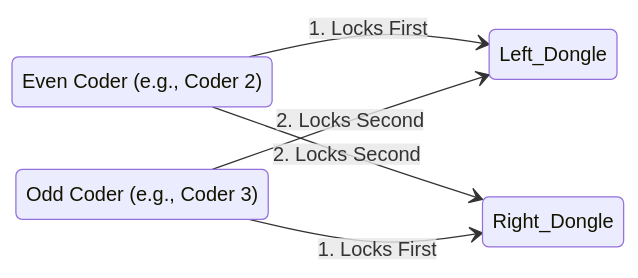
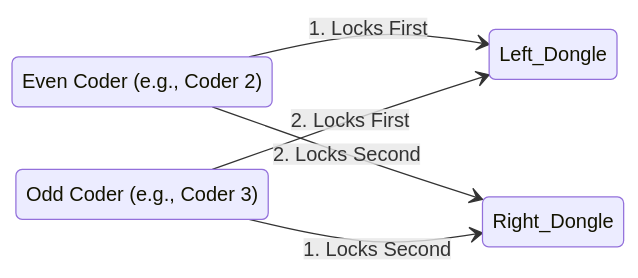
The second of 3 diagrams in README.md (kh-a-lil/Concurrency-Engine), drawn with Mermaid before and after one commit.

Commit message:
README update

````diff
--- a/README.md
+++ b/README.md
@@ -58,12 +58,12 @@
 ```mermaid
 stateDiagram-v2
     direction LR
     state "Even Coder (e.g., Coder 2)" as Even
     state "Odd Coder (e.g., Coder 3)" as Odd
 
     Even --> Left_Dongle : 1. Locks First
     Even --> Right_Dongle : 2. Locks Second
     
-    Odd --> Right_Dongle : 1. Locks First
-    Odd --> Left_Dongle : 2. Locks Second
+    Odd --> Right_Dongle : 1. Locks Second
+    Odd --> Left_Dongle : 2. Locks First
 ```
````
